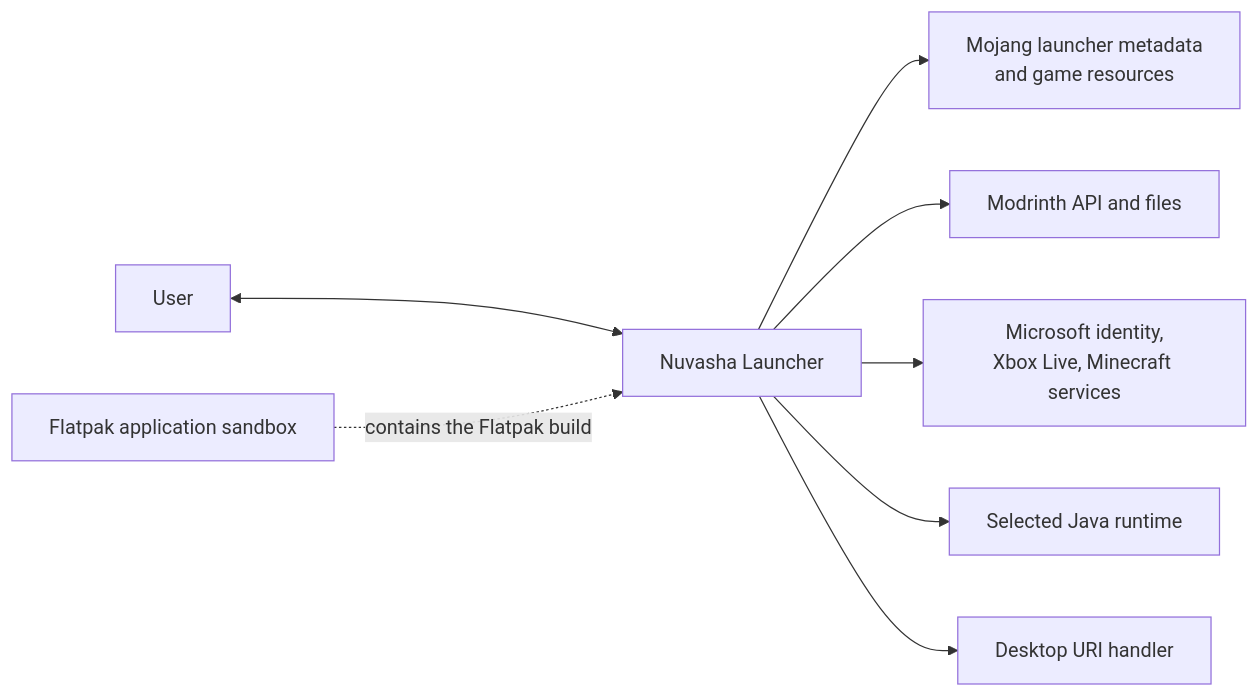
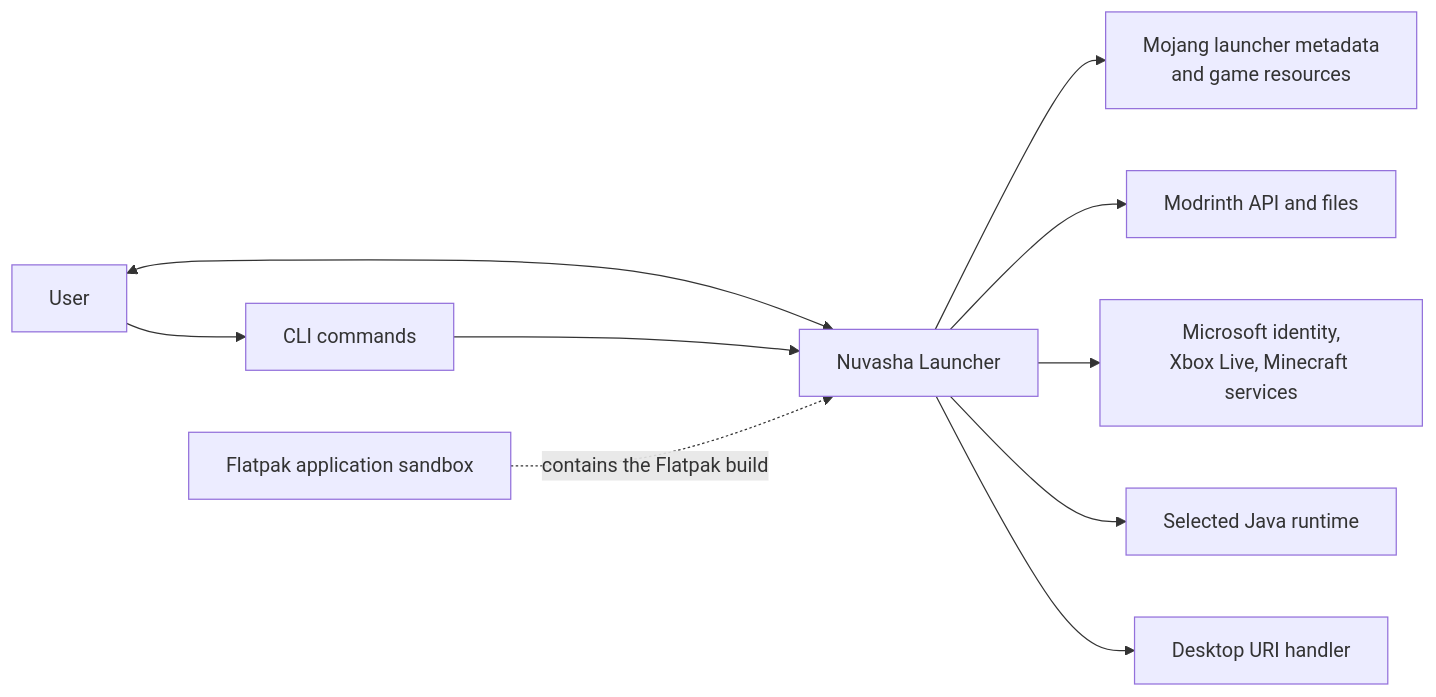
One commit to NuvashaLauncher/NuvashaLauncher changed the first of 3 diagrams in docs/architecture.md. Above: the diagram before and after it, drawn with Mermaid. The commit also changed other lines of this file and 1 other file, not shown here.

Commit message:
Refresh architecture diagrams

````diff
--- a/docs/architecture.md
+++ b/docs/architecture.md
@@ -38,21 +38,23 @@
 ```mermaid
 flowchart LR
     User[User]
     Nuvasha[Nuvasha Launcher]
+    CLI[CLI commands]
     Mojang[Mojang launcher metadata
 and game resources]
     Modrinth[Modrinth API and files]
     Microsoft[Microsoft identity,
 Xbox Live, Minecraft services]
     Desktop[Desktop URI handler]
     Java[Selected Java runtime]
     Flatpak[Flatpak application sandbox]
 
     User <--> Nuvasha
+    User --> CLI --> Nuvasha
     Nuvasha --> Mojang
     Nuvasha --> Modrinth
     Nuvasha --> Microsoft
     Nuvasha --> Java
     Flatpak -. contains the Flatpak build .-> Nuvasha
     Nuvasha --> Desktop
 ```
````
